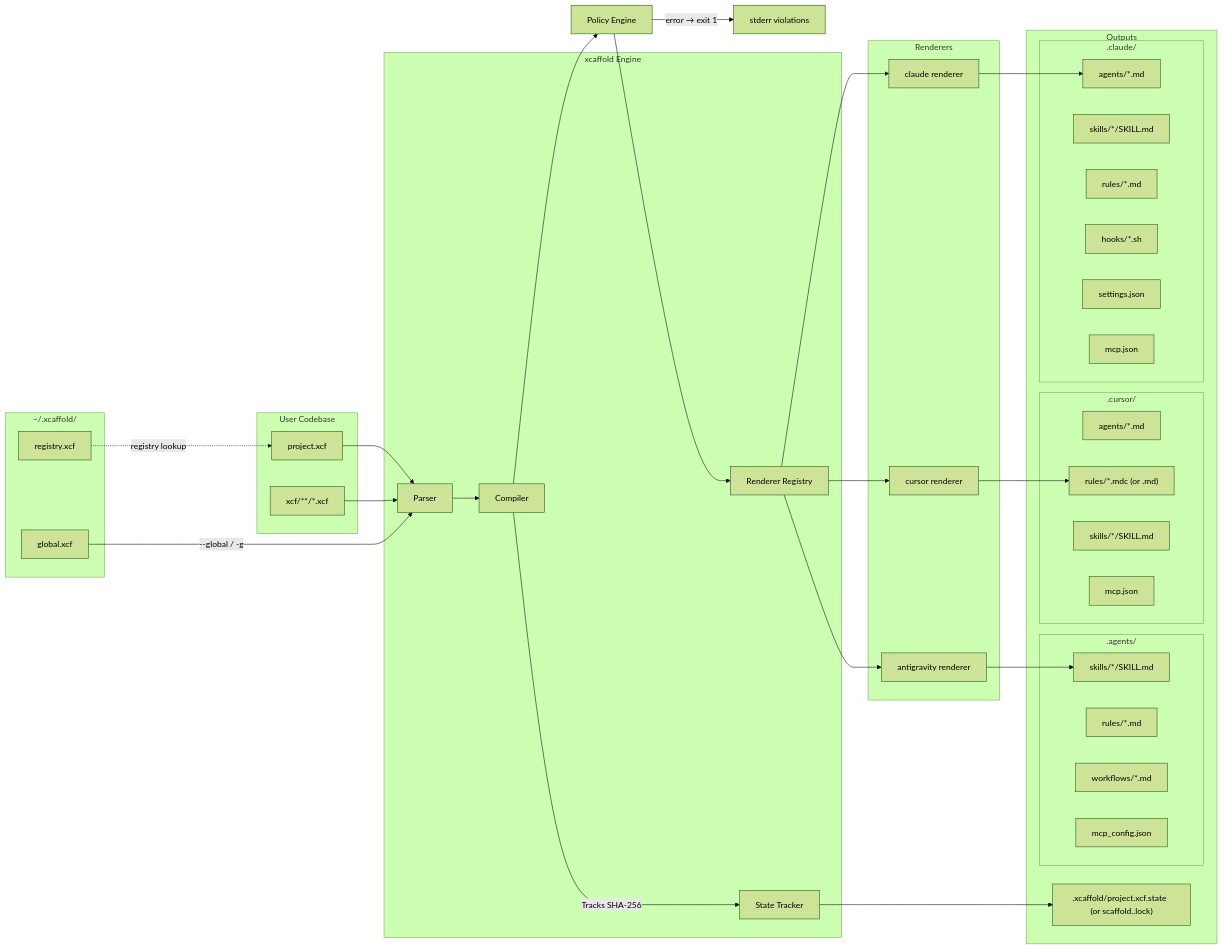
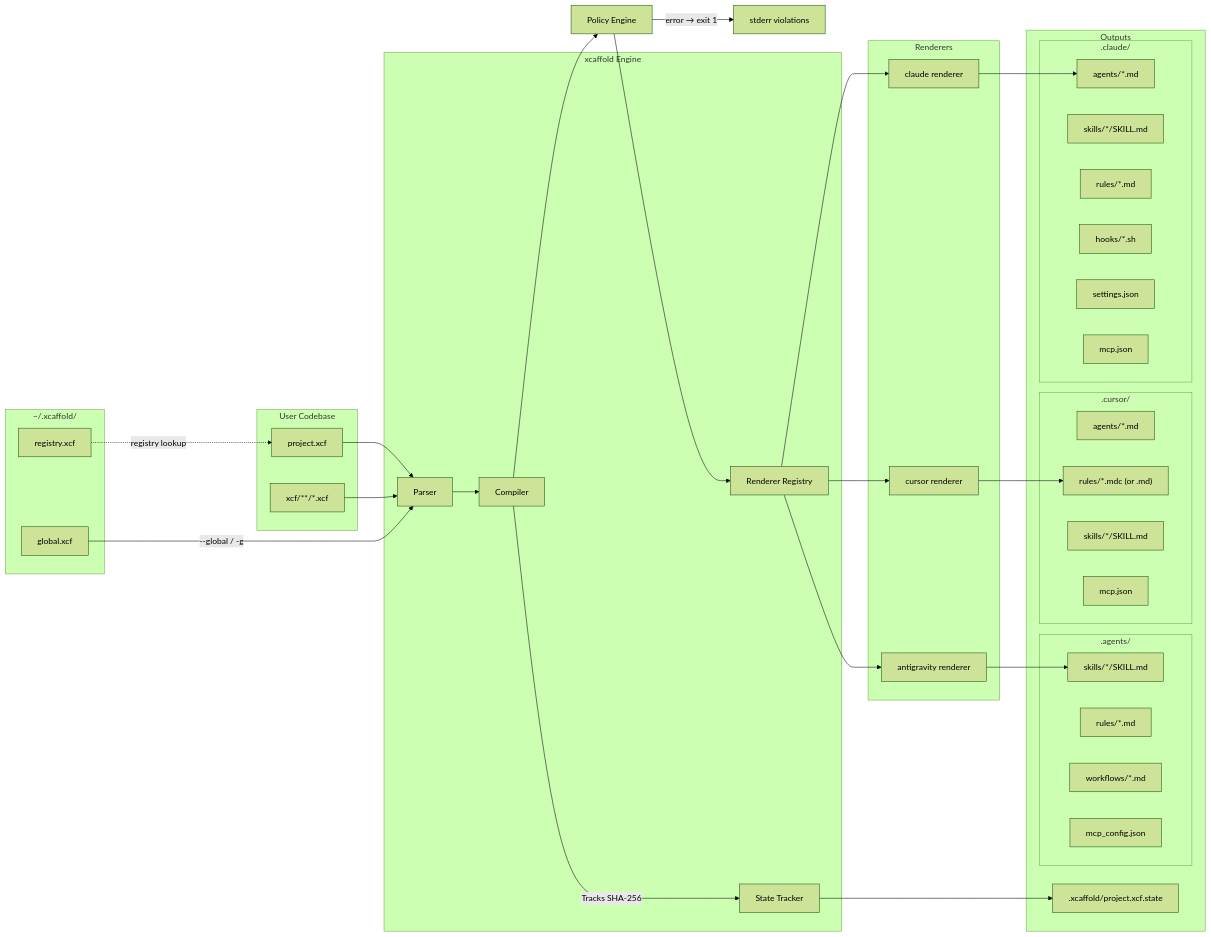
One commit to saero-ai/xcaffold changed the diagram in docs/concepts/architecture.md. Above: the diagram before and after it, drawn with Mermaid (forest theme). The commit also changed other lines of this file and 2 other files, not shown here.

First line of the commit message:
docs: update terminology (lock→state), add blueprint scope, expand migrate command

````diff
--- a/docs/concepts/architecture.md
+++ b/docs/concepts/architecture.md
@@ -14,66 +14,66 @@
 ```mermaid
 graph LR
   subgraph Global Home ["~/.xcaffold/"]
     R[registry.xcf]
     GC[global.xcf]
   end
 
   subgraph User Codebase
     A[project.xcf]
     XCF["xcf/**/*.xcf"]
   end
 
   subgraph xcaffold Engine
     B[Parser]
     C[Compiler]
     D[State Tracker]
     RG[Renderer Registry]
   end
 
   subgraph Renderers
     RC[claude renderer]
     RCU[cursor renderer]
     RA[antigravity renderer]
   end
 
   subgraph Outputs
-    F[".xcaffold/project.xcf.state  (or scaffold.<target>.lock)"]
+    F[".xcaffold/project.xcf.state"]
     
     subgraph .claude/
       C1["agents/*.md"]
       C2["skills/*/SKILL.md"]
       C3["rules/*.md"]
       C4["hooks/*.sh"]
       C5["settings.json"]
       C6["mcp.json"]
     end
     
     subgraph .cursor/
       CU0["agents/*.md"]
       CU1["rules/*.mdc (or .md)"]
       CU2["skills/*/SKILL.md"]
       CU4["mcp.json"]
     end
     
     subgraph .agents/
       A1["skills/*/SKILL.md"]
       A2["rules/*.md"]
       A3["workflows/*.md"]
       A4["mcp_config.json"]
     end
   end
 
   R -..->|registry lookup| A
   GC -->|"--global / -g"| B
   A --> B
   XCF --> B
   B --> C
   C --> PE[Policy Engine]
   PE --> RG
   PE -->|"error → exit 1"| FAIL["stderr violations"]
   RG --> RC --> C1
   RG --> RCU --> CU1
   RG --> RA --> A1
   C -->|Tracks SHA-256| D
   D --> F
 ```
````
